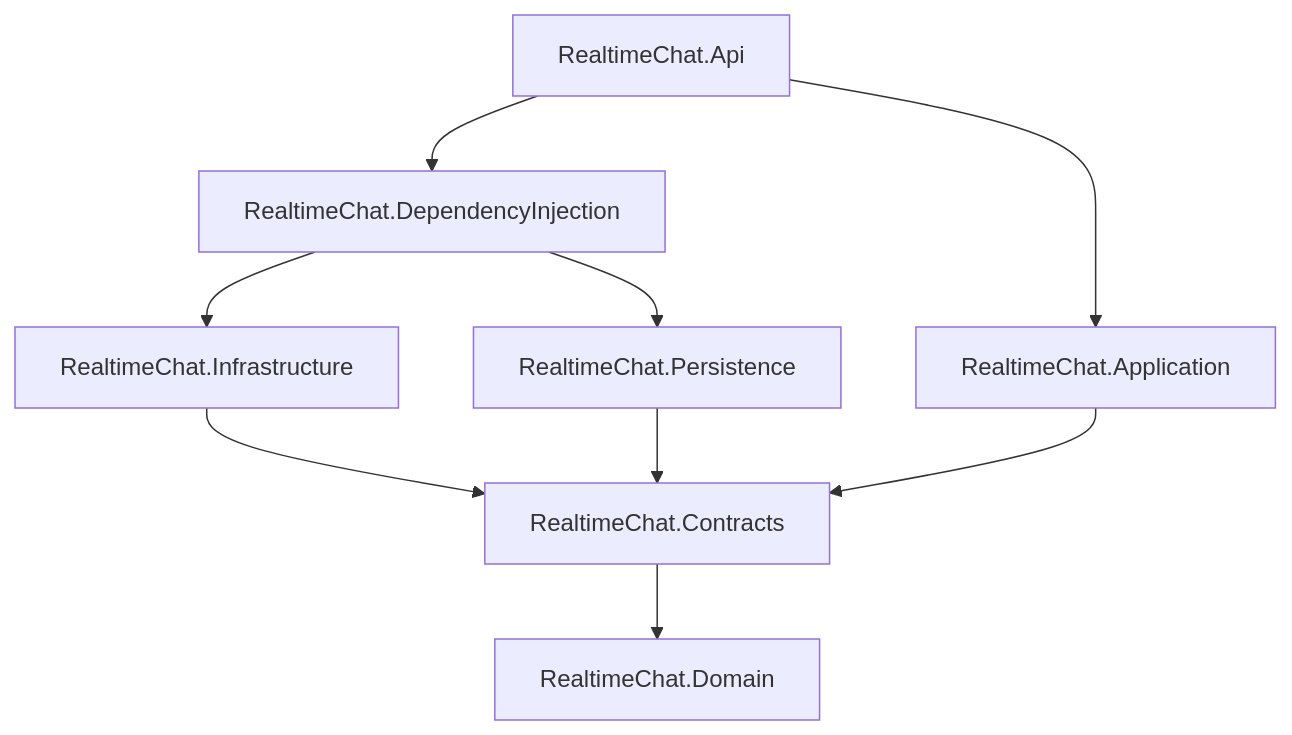
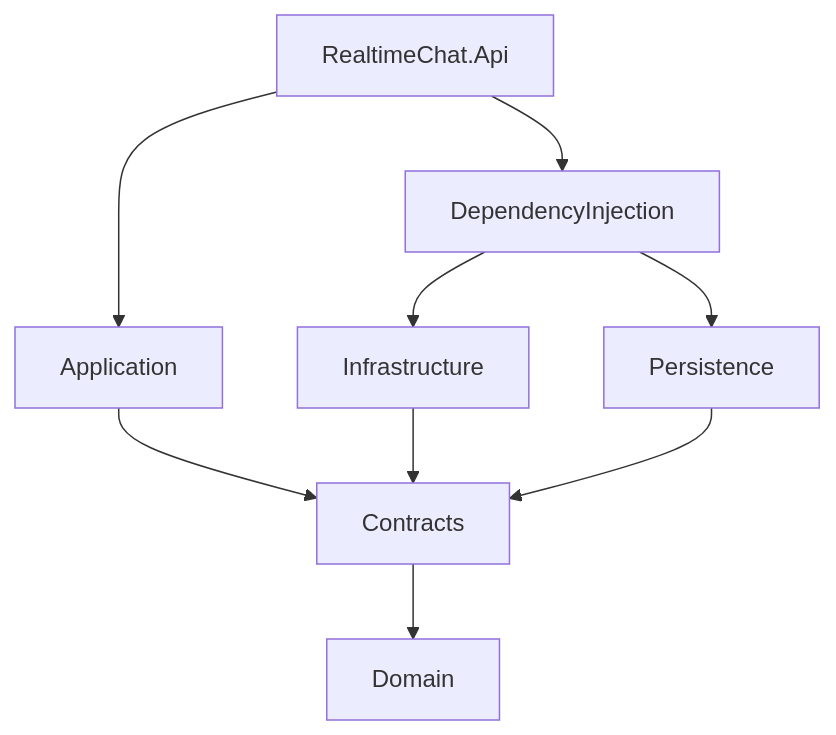
Before and after one commit to Ekrem-Gungor/dotnet-realtime-chat: the first of 2 diagrams in docs/architecture.md, drawn with Mermaid. The commit also changed other lines of this file and 17 other files, not shown here.

````diff
--- a/docs/architecture.md
+++ b/docs/architecture.md
@@ -5,11 +5,11 @@
 ```mermaid
 flowchart TD
-    API["RealtimeChat.Api"] --> DI["RealtimeChat.DependencyInjection"]
-    API --> APP["RealtimeChat.Application"]
-    DI --> INFRA["RealtimeChat.Infrastructure"]
-    DI --> DATA["RealtimeChat.Persistence"]
-    INFRA --> CONTRACTS["RealtimeChat.Contracts"]
+    API["RealtimeChat.Api"] --> DI["DependencyInjection"]
+    API --> APP["Application"]
+    DI --> INFRA["Infrastructure"]
+    DI --> DATA["Persistence"]
+    APP --> CONTRACTS["Contracts"]
+    INFRA --> CONTRACTS
     DATA --> CONTRACTS
-    APP --> CONTRACTS
-    CONTRACTS --> DOMAIN["RealtimeChat.Domain"]
+    CONTRACTS --> DOMAIN["Domain"]
 ```
````
